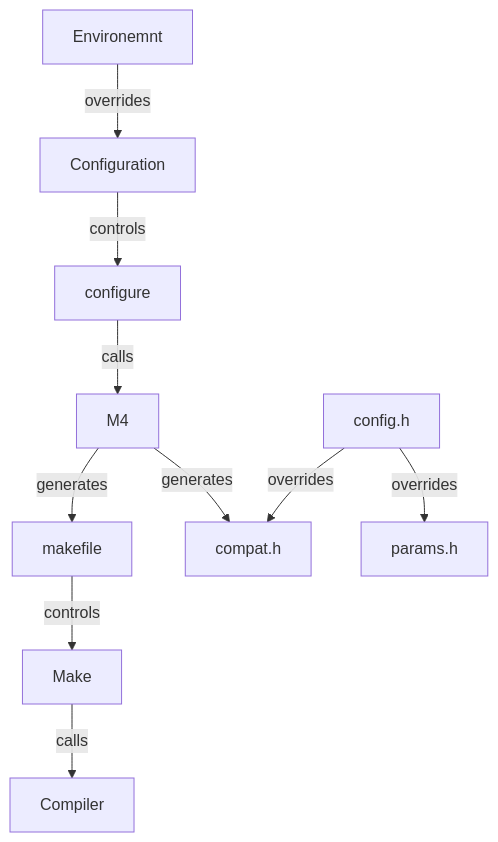
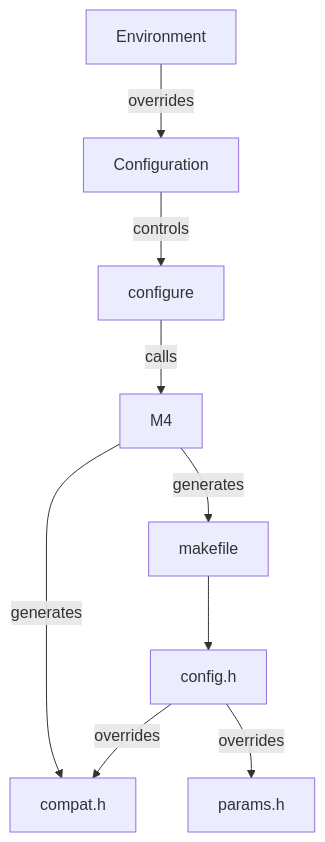
One commit to odkr/sucgi changed the diagram in docs/build.md. Above: the diagram before and after it, drawn with Mermaid. The commit also changed other lines of this file and 3 other files, not shown here.

````diff
--- a/docs/build.md
+++ b/docs/build.md
@@ -88,17 +83,16 @@
 ```mermaid
 graph TD
 
-Environemnt --> |overrides| Configuration
+Environment --> |overrides| Configuration
 Configuration --> |controls| configure
 
 configure --> |calls| M4
 
 M4 --> |generates| makefile
 M4 --> |generates| compat.h
 
-makefile --> |controls| Make
-Make --> |calls| Compiler
+makefile -->
 
 config.h --> |overrides| compat.h
 config.h --> |overrides| params.h
 ```
````
